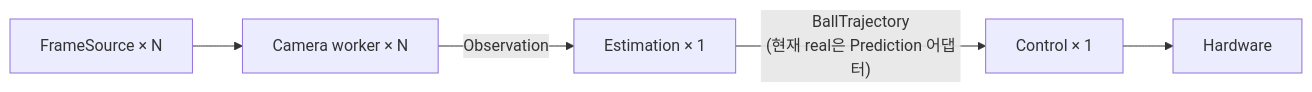
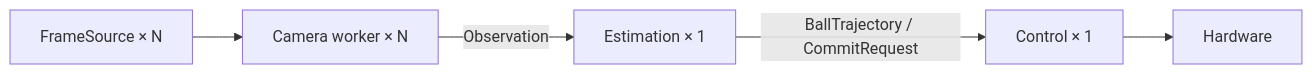
The second of 4 diagrams in README.md (luv-all/pingpong-bot), drawn with Mermaid before and after one commit. The commit also changed other lines of this file and 4 other files, not shown here.

````diff
--- a/README.md
+++ b/README.md
@@ -372,10 +378,10 @@
 ```mermaid
 flowchart LR
   frames["FrameSource × N"]
   camT["Camera worker × N"]
   estT["Estimation × 1"]
   ctrlT["Control × 1"]
   actuator["Hardware"]
 
-  frames --> camT -->|"Observation"| estT -->|"BallTrajectory<br/>(현재 real은 Prediction 어댑터)"| ctrlT --> actuator
+  frames --> camT -->|"Observation"| estT -->|"BallTrajectory / CommitRequest"| ctrlT --> actuator
 ```
````
